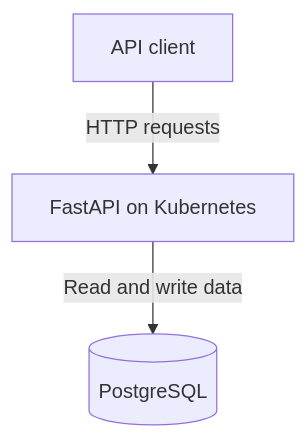
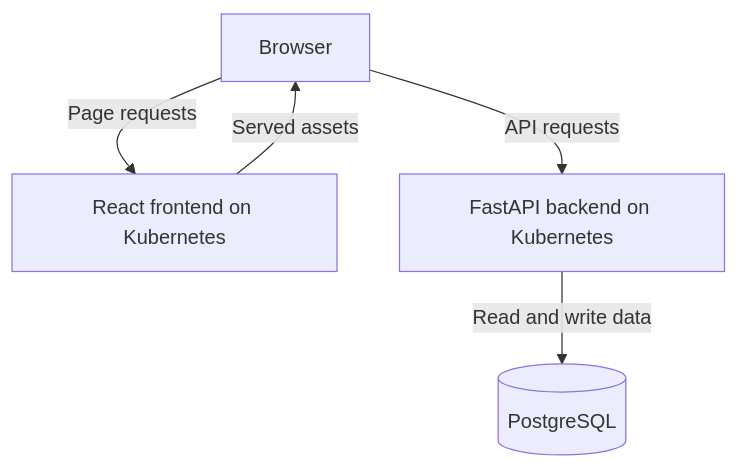
One commit to jddemonteverde/One-Serious-Project changed the second of 5 diagrams in docs/architecture/overview.md. Above: the diagram before and after it, drawn with Mermaid. The commit also changed other lines of this file and 5 other files, not shown here.

````diff
--- a/docs/architecture/overview.md
+++ b/docs/architecture/overview.md
@@ -67,5 +73,7 @@
 ```mermaid
 flowchart TD
-  client["API client"] -->|HTTP requests| application["FastAPI on Kubernetes"]
-  application -->|Read and write data| postgres[("PostgreSQL")]
+  browser["Browser"] -->|Page requests| frontend["React frontend on Kubernetes"]
+  browser -->|API requests| backend["FastAPI backend on Kubernetes"]
+  frontend -->|Served assets| browser
+  backend -->|Read and write data| postgres[("PostgreSQL")]
 ```
````
